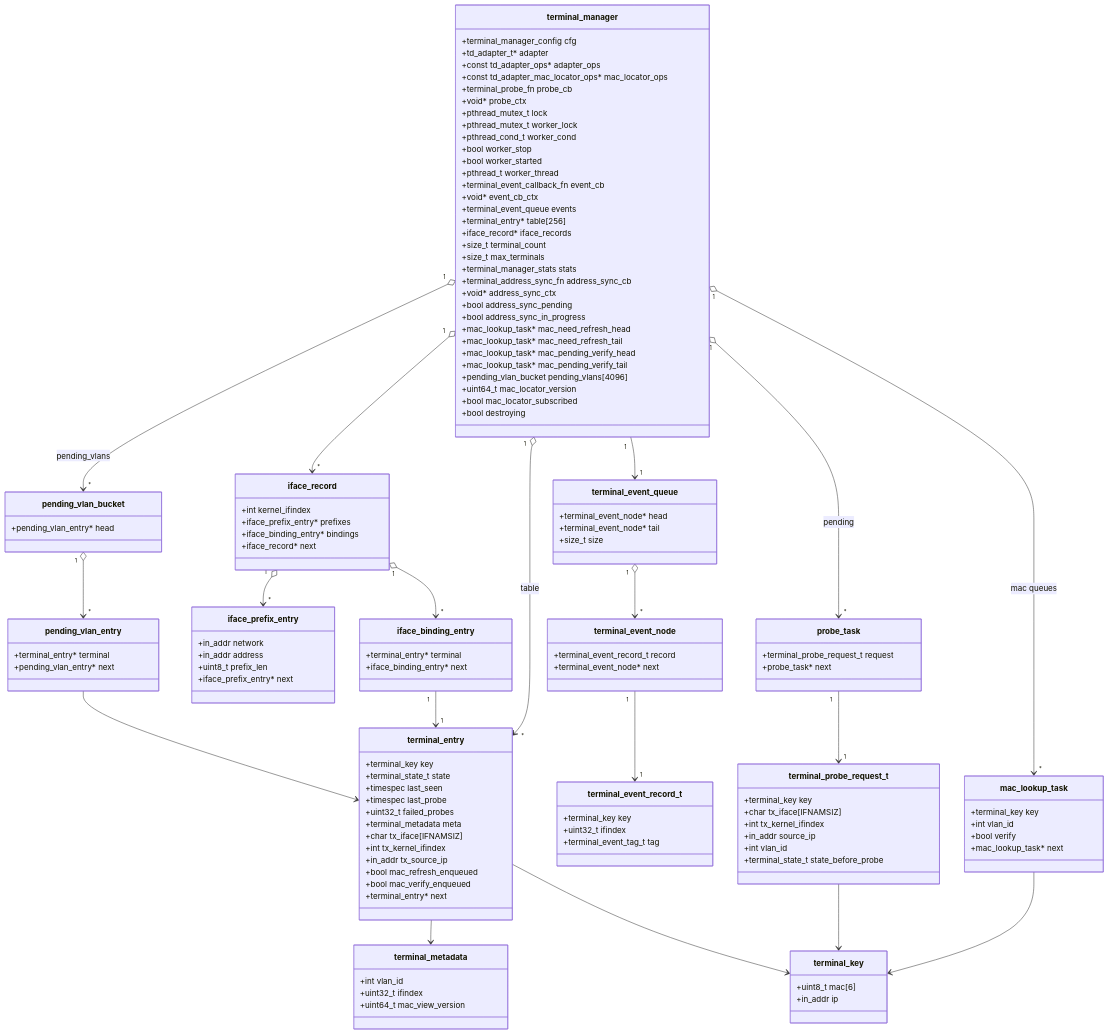
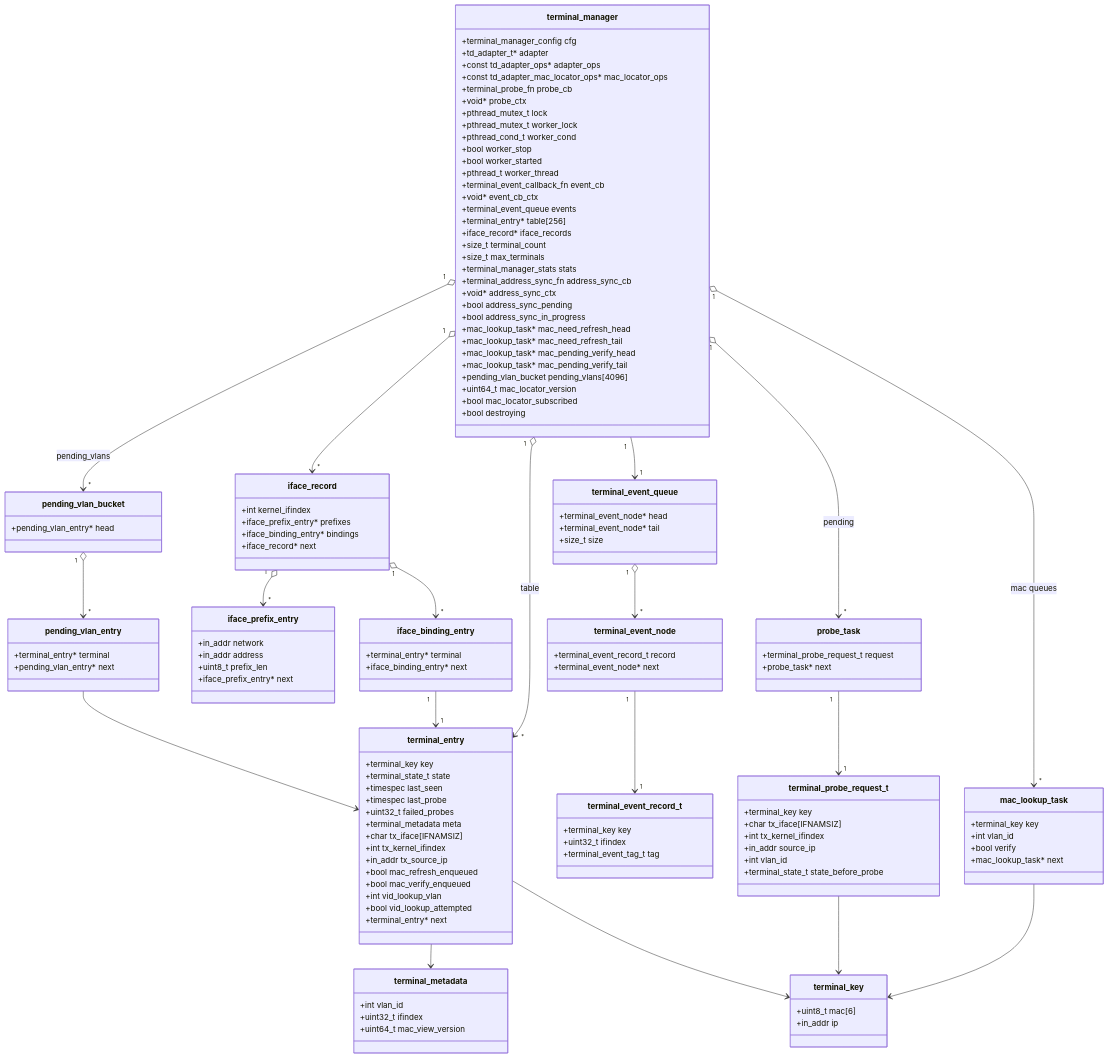
The fourth of 11 diagrams in C++/Windows/CodeBlocks/TerminalDiscovery/doc/design/src_overview.md (adinxu/Demo), drawn with Mermaid before and after one commit. The commit also changed other lines of this file and 7 other files, not shown here.

```diff
--- a/C++/Windows/CodeBlocks/TerminalDiscovery/doc/design/src_overview.md
+++ b/C++/Windows/CodeBlocks/TerminalDiscovery/doc/design/src_overview.md
@@ -296,6 +298,8 @@
     +in_addr tx_source_ip
     +bool mac_refresh_enqueued
     +bool mac_verify_enqueued
+    +int vid_lookup_vlan
+    +bool vid_lookup_attempted
     +terminal_entry* next
   }
   class terminal_key {
```
